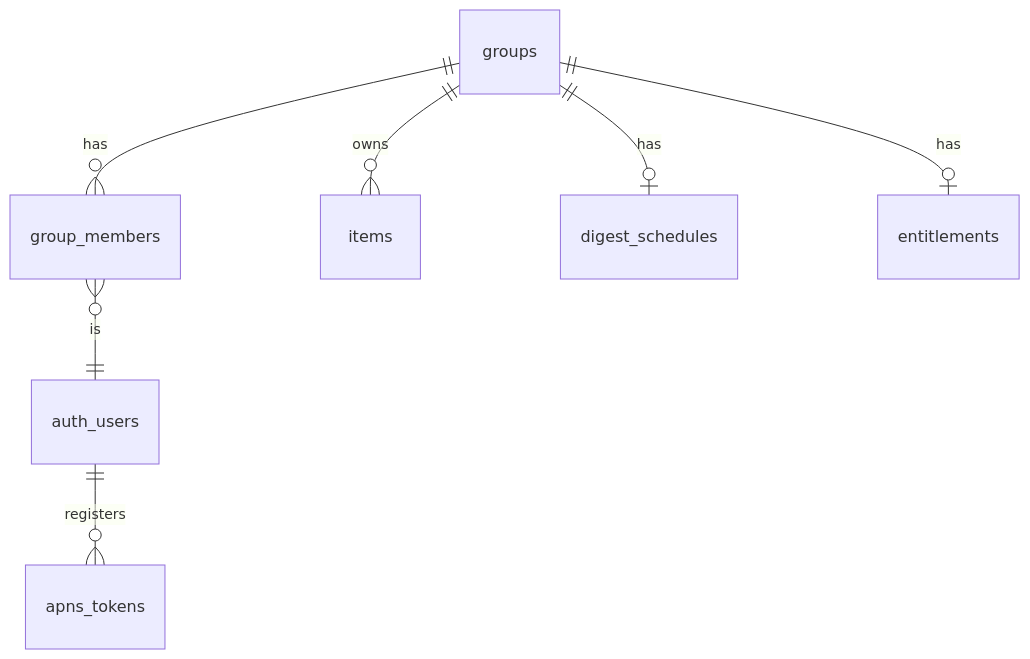
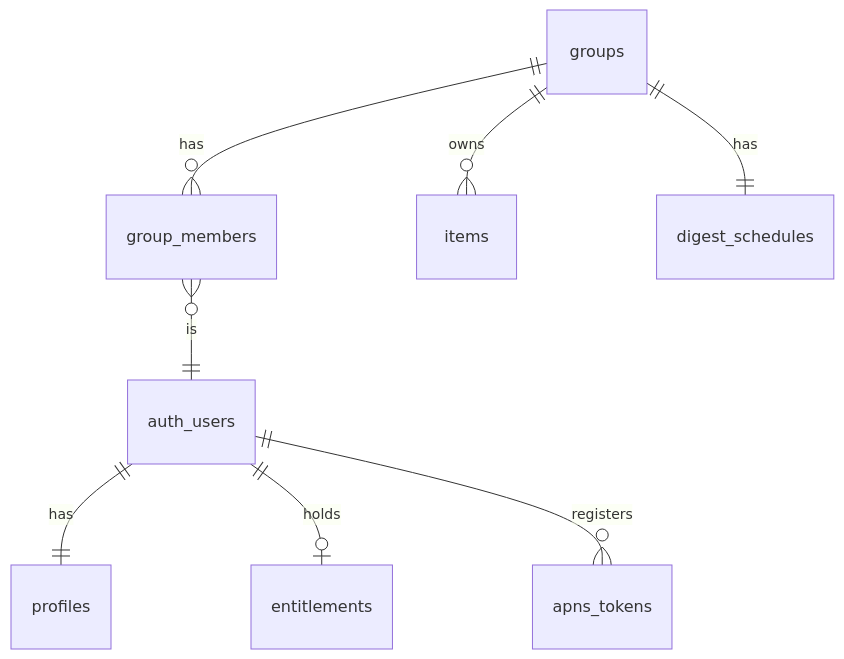
Before and after one commit to can-saglam/for-science-and-pleasure: the diagram in LAUNCH_PLAN.md, drawn with Mermaid. The commit also changed other lines of this file, not shown here.

````diff
--- a/LAUNCH_PLAN.md
+++ b/LAUNCH_PLAN.md
@@ -25,9 +28,10 @@
 ```mermaid
 erDiagram
     groups ||--o{ group_members : has
     groups ||--o{ items : owns
-    groups ||--o| digest_schedules : has
-    groups ||--o| entitlements : has
+    groups ||--|| digest_schedules : has
     group_members }o--|| auth_users : is
+    auth_users ||--|| profiles : has
+    auth_users ||--o| entitlements : holds
     auth_users ||--o{ apns_tokens : registers
 ```
````
